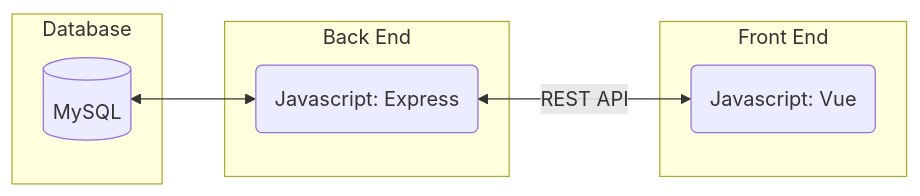
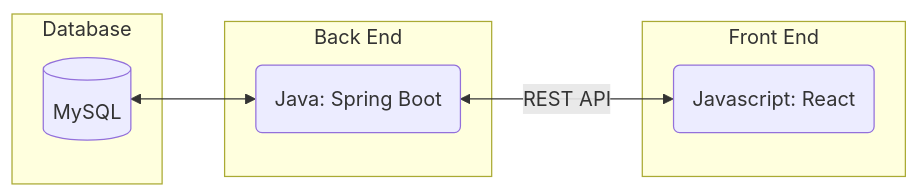
The first of 5 diagrams in README.md (FrancoPE14/BoggleGame), drawn with Mermaid before and after one commit. The commit also changed other lines of this file, not shown here.

Commit message:
updated README.md to include a tech stack graph

````diff
--- a/README.md
+++ b/README.md
@@ -71,17 +35,17 @@
 ```mermaid
 flowchart RL
 subgraph Front End
-	A(Javascript: Vue)
+	A(Javascript: React)
 end
 	
 subgraph Back End
-	B(Javascript: Express)
+	B(Java: Spring Boot)
 end
 	
 subgraph Database
 	C[(MySQL)]
 end
 
 A <-->|"REST API"| B
-B <--> C
+B <-->C
 ```
````
